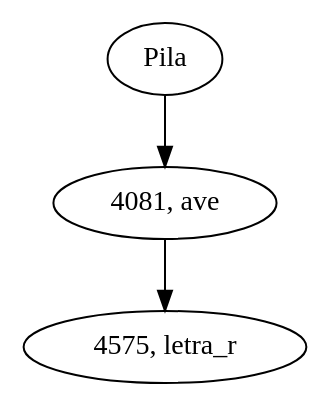
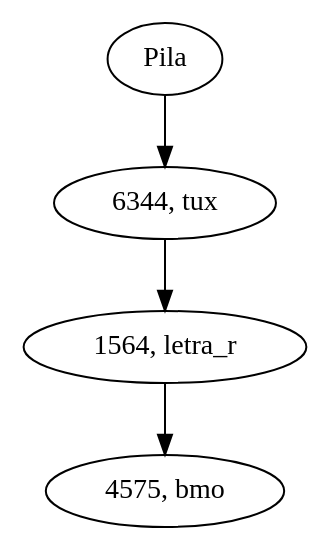
The diagram in Fase1/graficas/PilaVitacora.dot (jdfuentes12/EDD_VJ1S2023_PY_202001228), drawn with Graphviz before and after one commit. The commit also changed 153 other files, not shown here.

```diff
--- a/Fase1/graficas/PilaVitacora.dot
+++ b/Fase1/graficas/PilaVitacora.dot
@@ -1,7 +1,9 @@
 digraph PilaVitacora {
-nodo0[label = "4081, ave"];
-nodo1[label = "4575, letra_r"];
+nodo0[label = "6344, tux"];
+nodo1[label = "1564, letra_r"];
+nodo2[label = "4575, bmo"];
 empty[label = "Pila"];
 empty->nodo0;
 nodo0->nodo1;
+nodo1->nodo2;
 }
```
